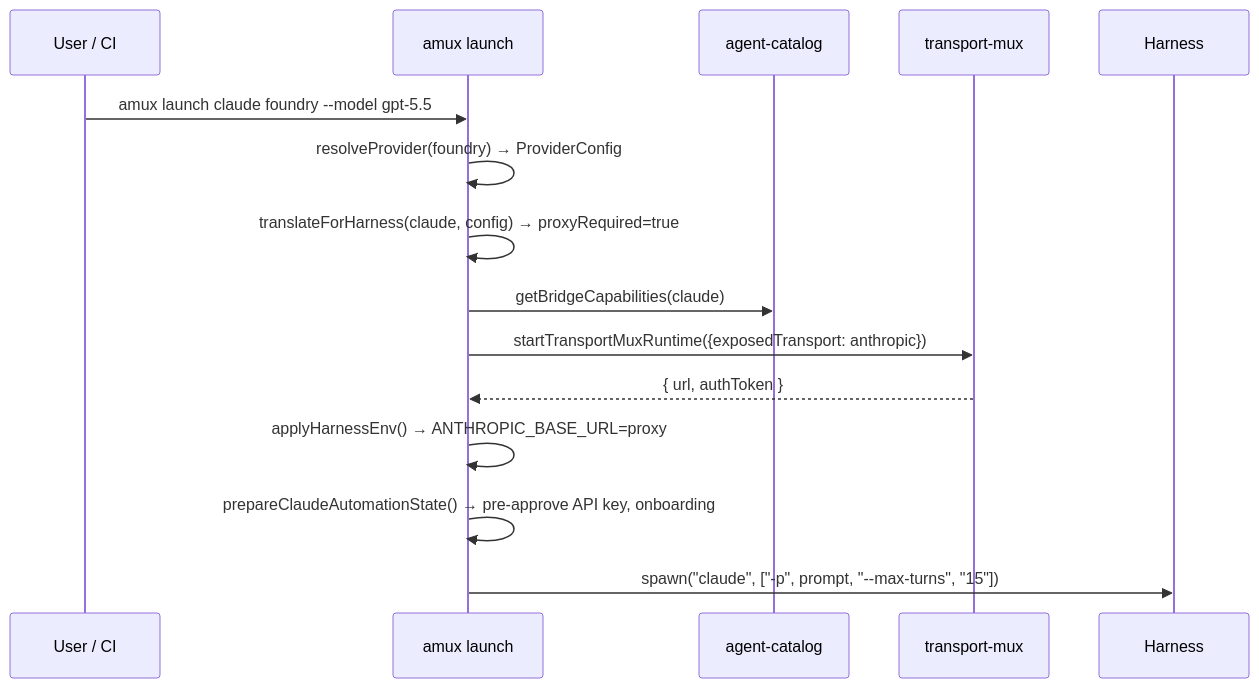
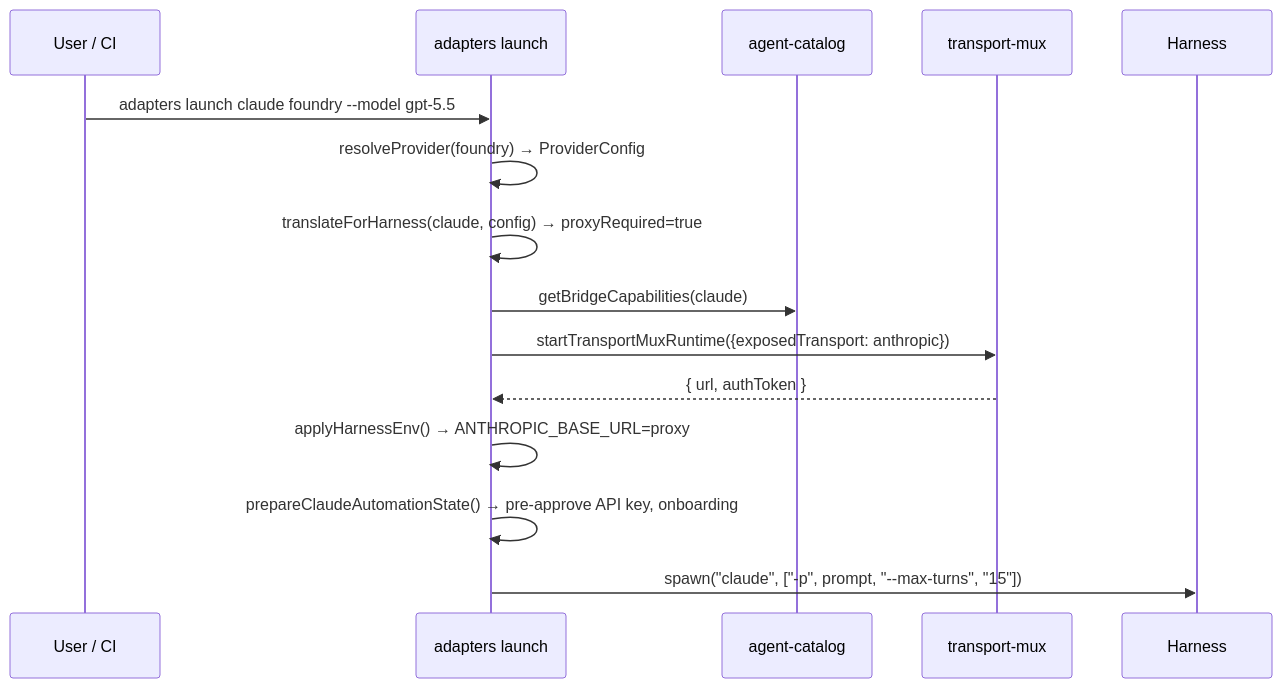
One commit to a5c-ai/babysitter changed the fourth of 16 diagrams in docs/development/03-babysitter-plugin-flows.md. Above: the diagram before and after it, drawn with Mermaid. The commit also changed other lines of this file and 875 other files, not shown here.

First line of the commit message:
fix: complete adapter rename — amux→adapters, mux packages→*-adapter

````diff
--- a/docs/development/03-babysitter-plugin-flows.md
+++ b/docs/development/03-babysitter-plugin-flows.md
@@ -137,18 +137,18 @@
 ```mermaid
 sequenceDiagram
     participant U as User / CI
-    participant AM as amux launch
+    participant AM as adapters launch
     participant CAT as agent-catalog
     participant TM as transport-mux
     participant H as Harness
 
-    U->>AM: amux launch claude foundry --model gpt-5.5
+    U->>AM: adapters launch claude foundry --model gpt-5.5
     AM->>AM: resolveProvider(foundry) → ProviderConfig
     AM->>AM: translateForHarness(claude, config) → proxyRequired=true
     AM->>CAT: getBridgeCapabilities(claude)
     AM->>TM: startTransportMuxRuntime({exposedTransport: anthropic})
     TM-->>AM: { url, authToken }
     AM->>AM: applyHarnessEnv() → ANTHROPIC_BASE_URL=proxy
     AM->>AM: prepareClaudeAutomationState() → pre-approve API key, onboarding
     AM->>H: spawn("claude", ["-p", prompt, "--max-turns", "15"])
 ```
````
